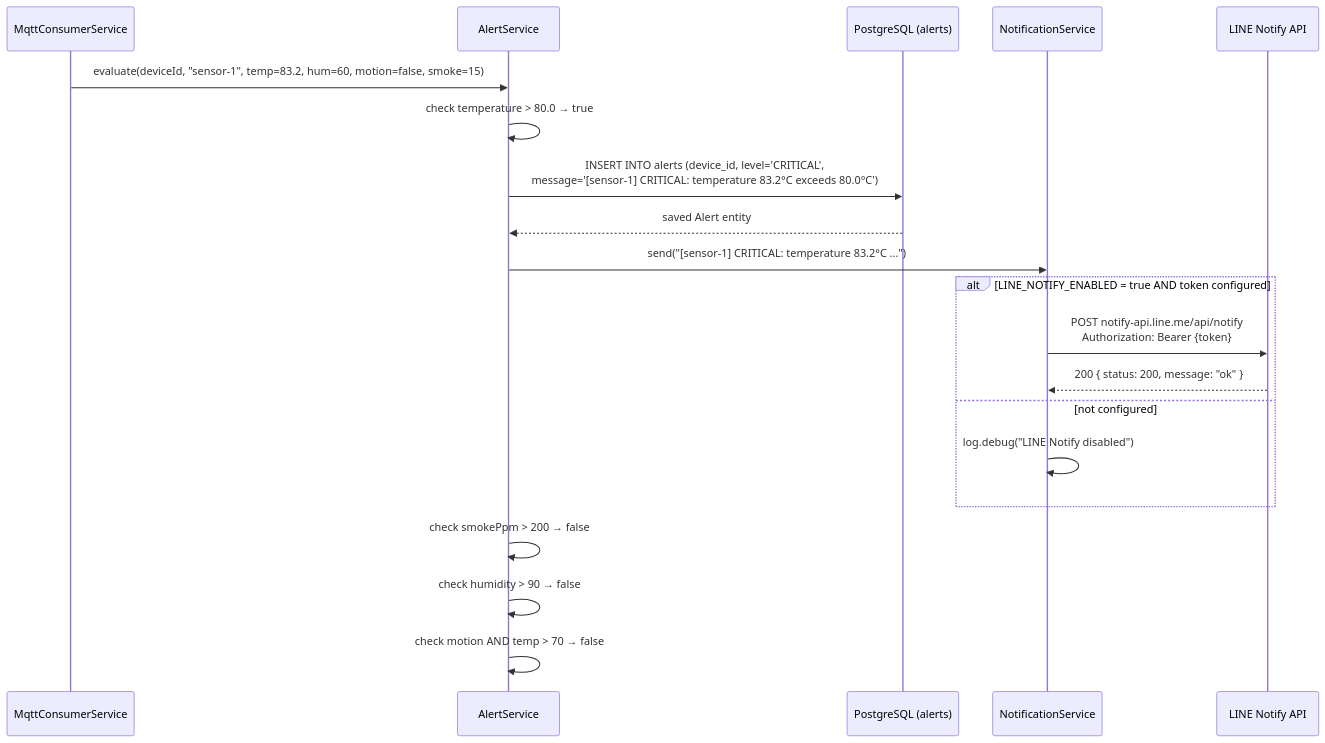
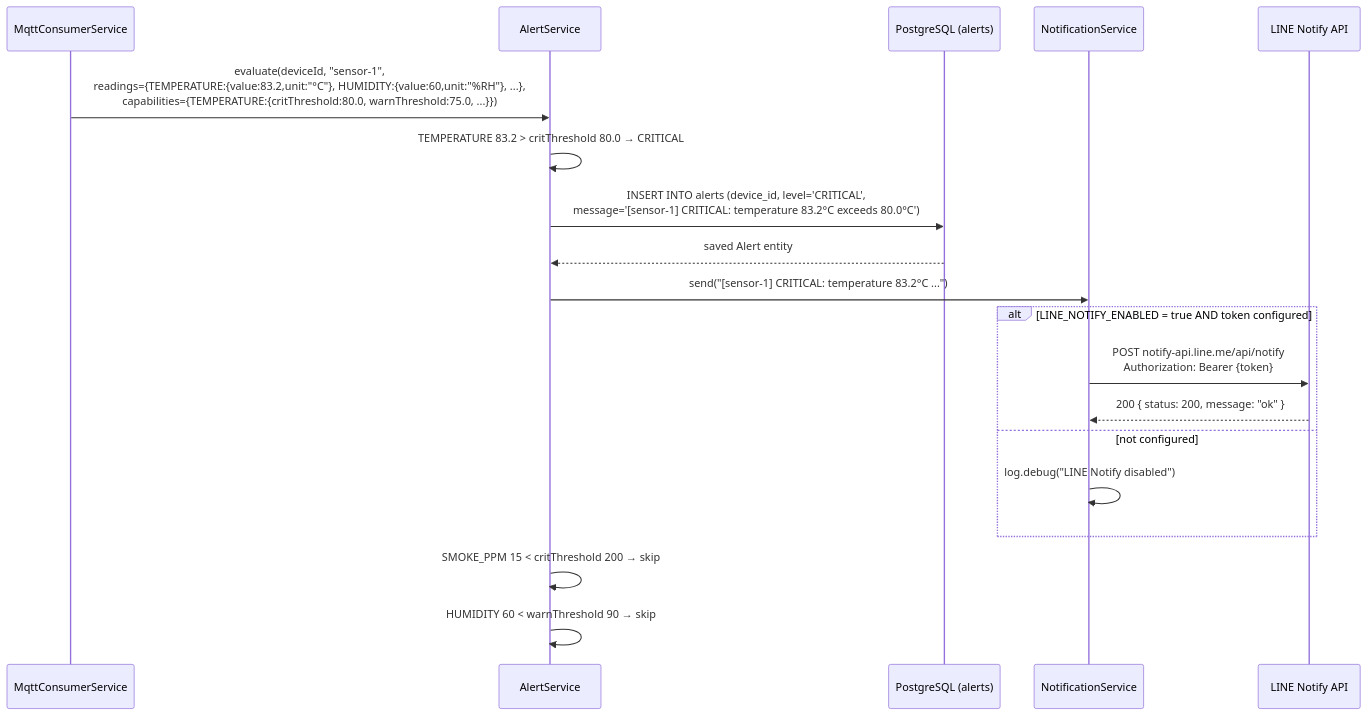
The sixth of 9 diagrams in docs/sequence-diagrams.md (thitipongroo/sentinel-iot-platform), drawn with Mermaid before and after one commit. The commit also changed other lines of this file and 5 other files, not shown here.

````diff
--- a/docs/sequence-diagrams.md
+++ b/docs/sequence-diagrams.md
@@ -221,27 +221,26 @@
 ```mermaid
 sequenceDiagram
     participant MQTT as MqttConsumerService
     participant ALERT as AlertService
     participant DB as PostgreSQL (alerts)
     participant NOTIFY as NotificationService
     participant LINE as LINE Notify API
 
-    MQTT->>ALERT: evaluate(deviceId, "sensor-1", temp=83.2, hum=60, motion=false, smoke=15)
+    MQTT->>ALERT: evaluate(deviceId, "sensor-1",<br/>readings={TEMPERATURE:{value:83.2,unit:"°C"}, HUMIDITY:{value:60,unit:"%RH"}, ...},<br/>capabilities={TEMPERATURE:{critThreshold:80.0, warnThreshold:75.0, ...}})
 
-    ALERT->>ALERT: check temperature > 80.0 → true
+    ALERT->>ALERT: TEMPERATURE 83.2 > critThreshold 80.0 → CRITICAL
     ALERT->>DB: INSERT INTO alerts (device_id, level='CRITICAL',<br/>message='[sensor-1] CRITICAL: temperature 83.2°C exceeds 80.0°C')
     DB-->>ALERT: saved Alert entity
 
     ALERT->>NOTIFY: send("[sensor-1] CRITICAL: temperature 83.2°C ...")
 
     alt LINE_NOTIFY_ENABLED = true AND token configured
         NOTIFY->>LINE: POST notify-api.line.me/api/notify<br/>Authorization: Bearer {token}
         LINE-->>NOTIFY: 200 { status: 200, message: "ok" }
     else not configured
         NOTIFY->>NOTIFY: log.debug("LINE Notify disabled")
     end
 
-    ALERT->>ALERT: check smokePpm > 200 → false
-    ALERT->>ALERT: check humidity > 90 → false
-    ALERT->>ALERT: check motion AND temp > 70 → false
+    ALERT->>ALERT: SMOKE_PPM 15 < critThreshold 200 → skip
+    ALERT->>ALERT: HUMIDITY 60 < warnThreshold 90 → skip
 ```
````
